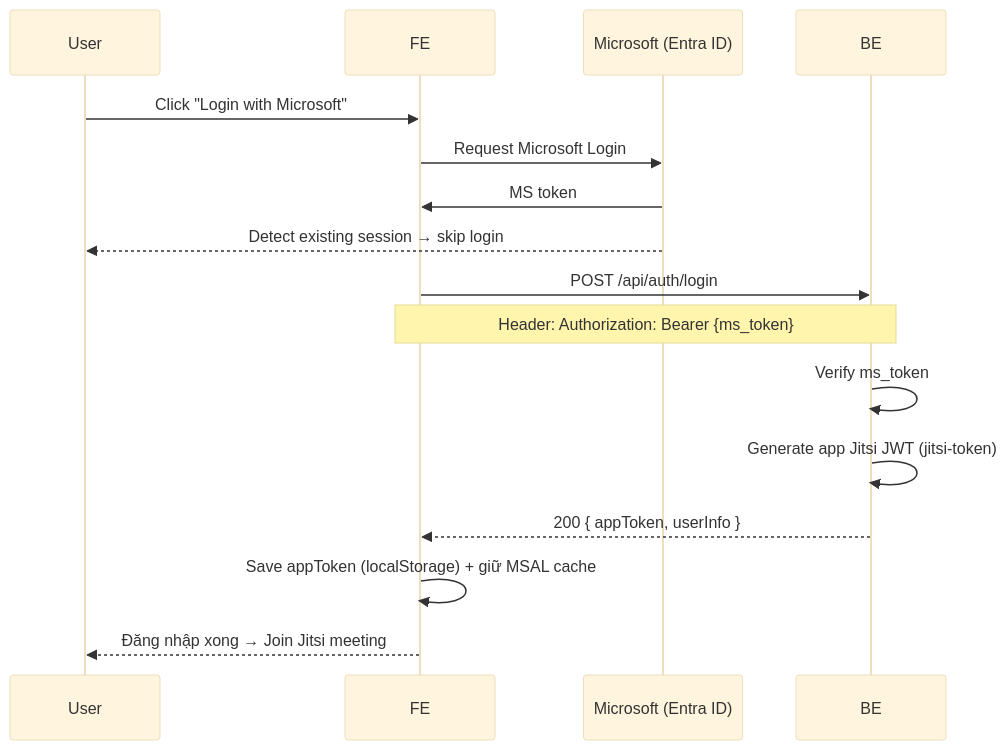
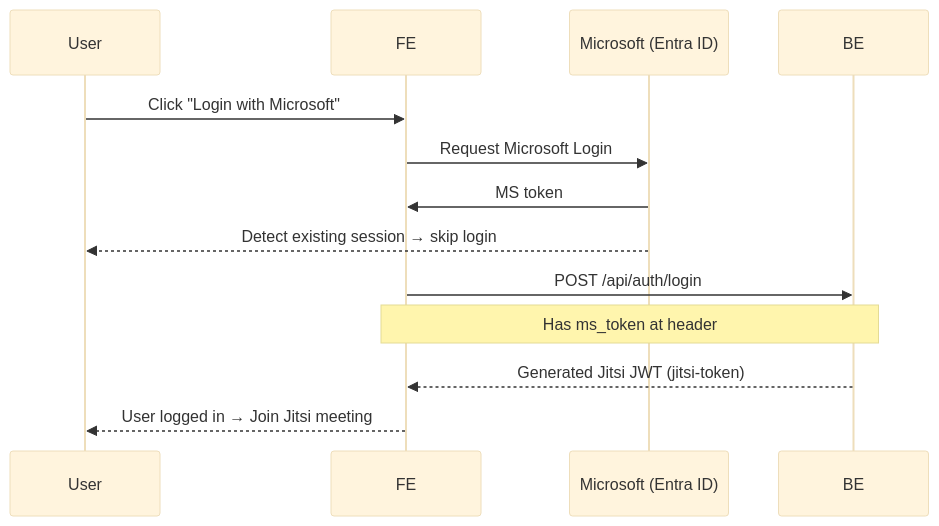
Before and after one commit to pnam16/foam: the first of 2 diagrams in projects/GEM/video-conference/auth-flow-v2.md, drawn with Mermaid (base theme).

Commit message:
Oct 24, 2025, 5:07 PM

````diff
--- a/projects/GEM/video-conference/auth-flow-v2.md
+++ b/projects/GEM/video-conference/auth-flow-v2.md
@@ -36,21 +36,18 @@
 ```mermaid
 sequenceDiagram
   participant U as User
   participant F as FE
   participant M as Microsoft (Entra ID)
   participant B as BE
 
   U->>F: Click "Login with Microsoft"
   F->>M: Request Microsoft Login
   M->>F: MS token
   M-->>U: Detect existing session → skip login
 
   F->>B: POST /api/auth/login
-  Note over F,B: Header: Authorization: Bearer {ms_token}
+  Note over F,B: Has ms_token at header
 
-  B->>B: Verify ms_token
-  B->>B: Generate app Jitsi JWT (jitsi-token)
-  B-->>F: 200 { appToken, userInfo }
-  F->>F: Save appToken (localStorage) + giữ MSAL cache
-  F-->>U: Đăng nhập xong → Join Jitsi meeting
+  B-->>F: Generated Jitsi JWT (jitsi-token)
+  F-->>U: User logged in → Join Jitsi meeting
 ```
````
